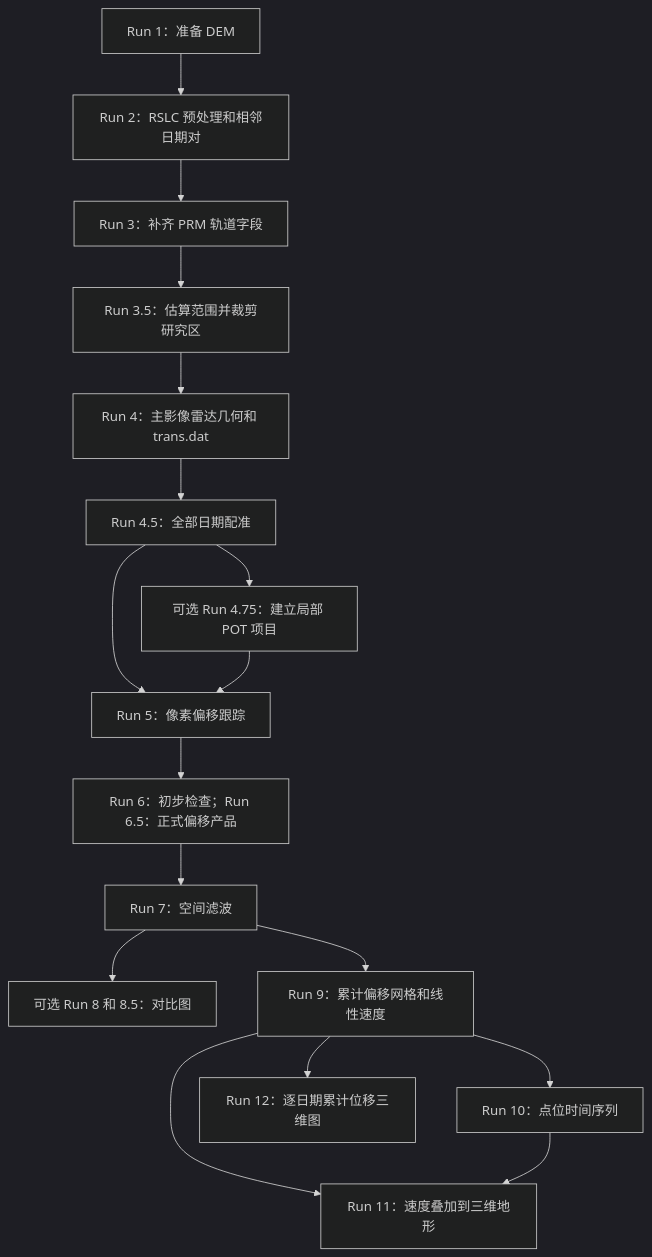
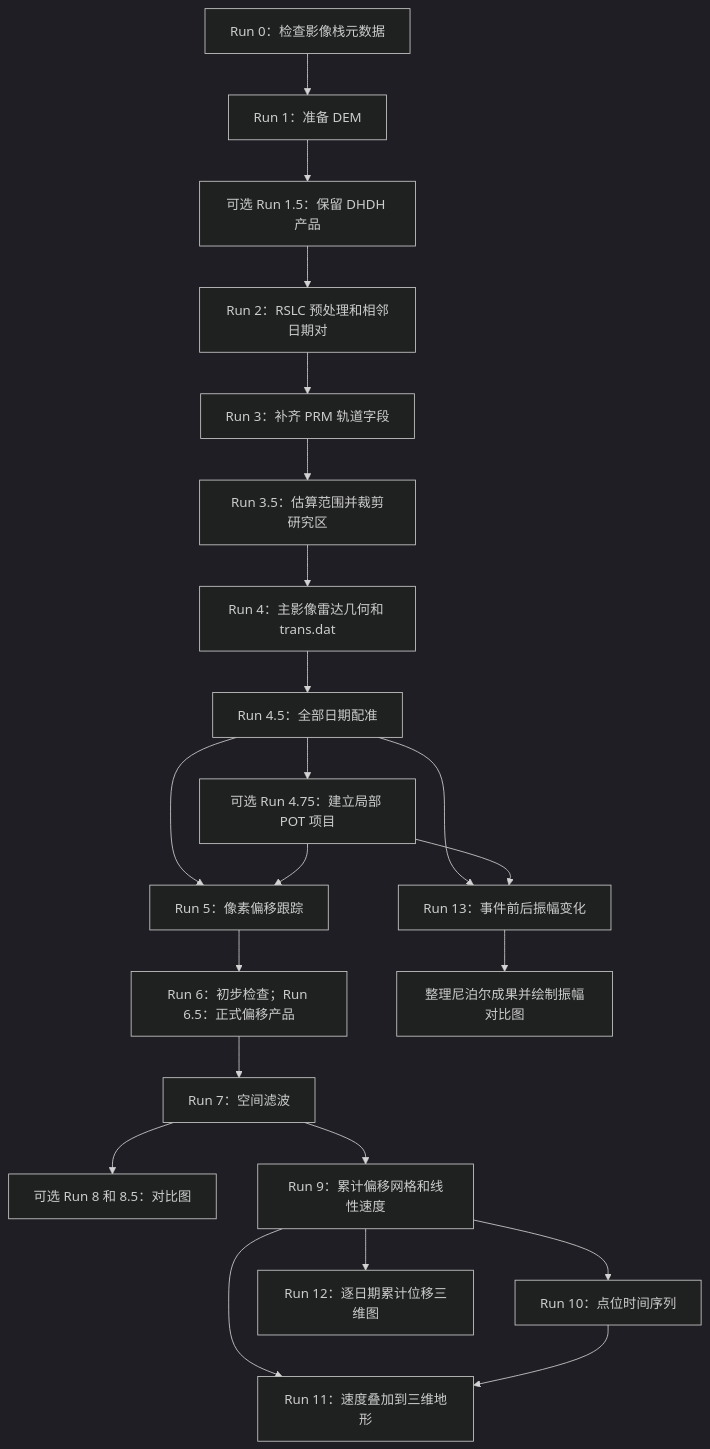
The diagram in README.zh-CN.md (Xin-Wang-520/nisar-pot-timeseries), drawn with Mermaid (dark theme) before and after one commit. The commit also changed other lines of this file and 12 other files, not shown here.

````diff
--- a/README.zh-CN.md
+++ b/README.zh-CN.md
@@ -44,19 +44,24 @@
 ```mermaid
 flowchart TD
-    A[Run 1：准备 DEM] --> B[Run 2：RSLC 预处理和相邻日期对]
+    A0[Run 0：检查影像栈元数据] --> A[Run 1：准备 DEM]
+    A --> A15[可选 Run 1.5：保留 DHDH 产品]
+    A15 --> B[Run 2：RSLC 预处理和相邻日期对]
     B --> C[Run 3：补齐 PRM 轨道字段]
     C --> D[Run 3.5：估算范围并裁剪研究区]
     D --> E[Run 4：主影像雷达几何和 trans.dat]
     E --> F[Run 4.5：全部日期配准]
     F --> G[可选 Run 4.75：建立局部 POT 项目]
     F --> H[Run 5：像素偏移跟踪]
     G --> H
     H --> I[Run 6：初步检查；Run 6.5：正式偏移产品]
     I --> J[Run 7：空间滤波]
     J --> K[可选 Run 8 和 8.5：对比图]
     J --> L[Run 9：累计偏移网格和线性速度]
     L --> M[Run 10：点位时间序列]
     L --> N[Run 11：速度叠加到三维地形]
     M --> N
     L --> O[Run 12：逐日期累计位移三维图]
+    F --> P[Run 13：事件前后振幅变化]
+    G --> P
+    P --> Q[整理尼泊尔成果并绘制振幅对比图]
 ```
````
